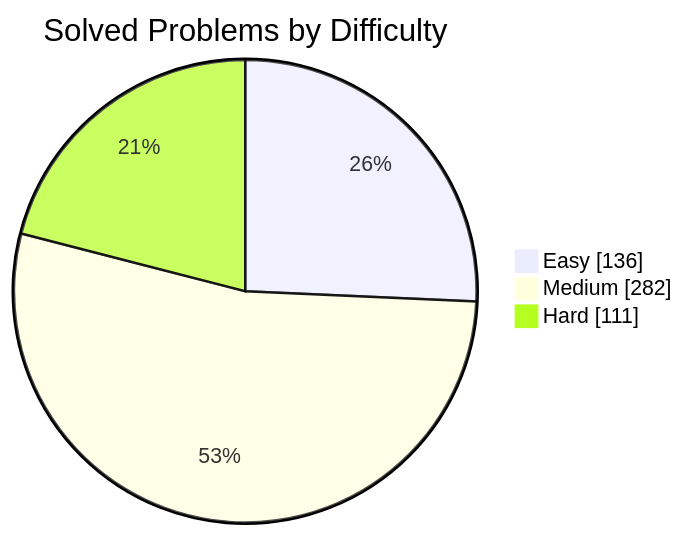
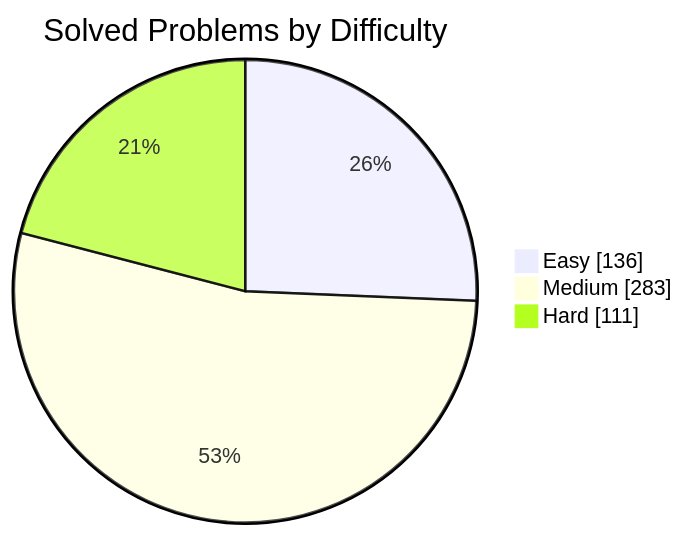
One commit to manikantbindass/DSA-Preparation-FAANG changed the first of 2 diagrams in README.md. Above: the diagram before and after it, drawn with Mermaid. The commit also changed other lines of this file and 1 other file, not shown here.

````diff
--- a/README.md
+++ b/README.md
@@ -79,7 +79,7 @@
 ```mermaid
 pie showData
     title Solved Problems by Difficulty
     "Easy" : 136
-    "Medium" : 282
+    "Medium" : 283
     "Hard" : 111
 ```
````
